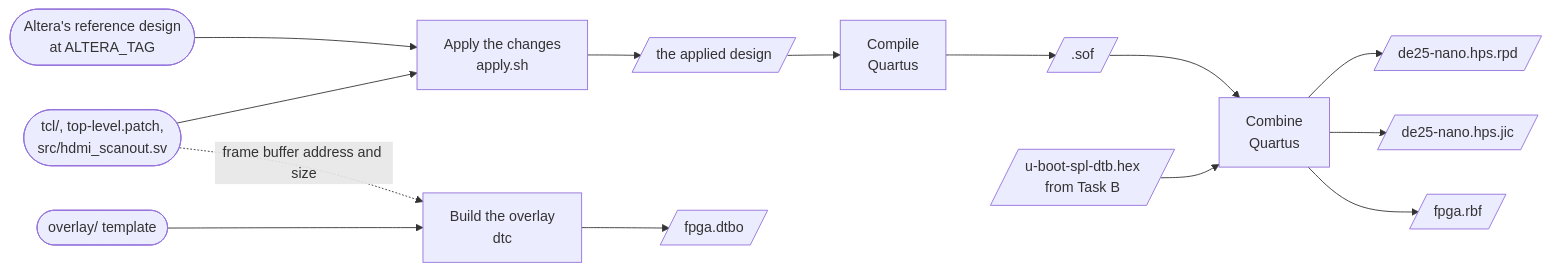
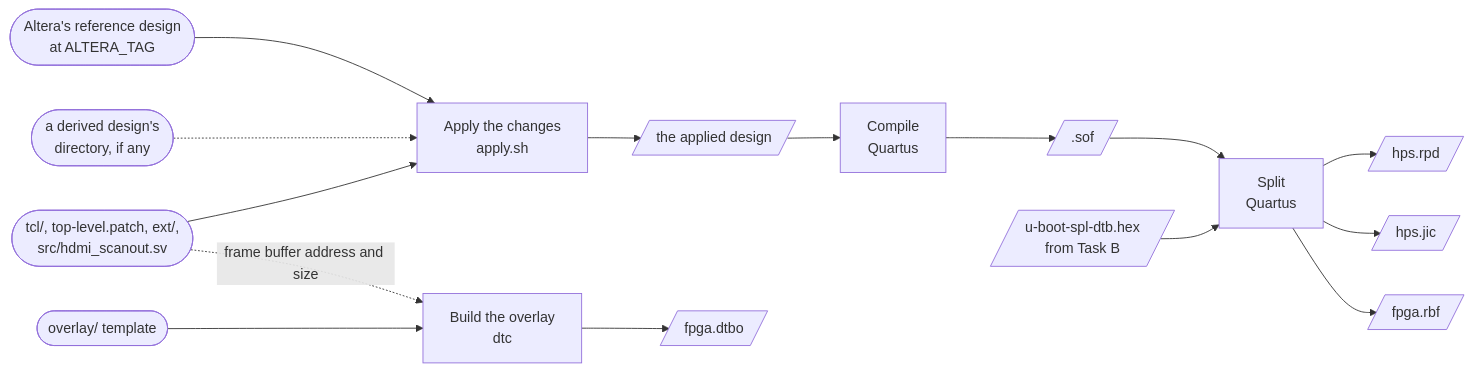
Before and after one commit to jclark/de25-nano-debian: the diagram in fpga/README.md, drawn with Mermaid. The commit also changed other lines of this file and 20 other files, not shown here.

````diff
--- a/fpga/README.md
+++ b/fpga/README.md
@@ -3,12 +3,13 @@
 ```mermaid
 flowchart LR
   a0(["Altera's reference design<br/>at ALTERA_TAG"]) --> ap["Apply the changes<br/>apply.sh"]
-  s1(["tcl/, top-level.patch,<br/>src/hdmi_scanout.sv"]) --> ap
-  ap --> d[/"the applied design"/] --> q["Compile<br/>Quartus"] --> sof[/".sof"/] --> pfg["Combine<br/>Quartus"]
+  s1(["tcl/, top-level.patch, ext/,<br/>src/hdmi_scanout.sv"]) --> ap
+  d0(["a derived design's<br/>directory, if any"]) -.-> ap
+  ap --> d[/"the applied design"/] --> q["Compile<br/>Quartus"] --> sof[/".sof"/] --> pfg["Split<br/>Quartus"]
   spl[/"u-boot-spl-dtb.hex<br/>from Task B"/] --> pfg
-  pfg --> rpd[/"de25-nano.hps.rpd"/]
-  pfg --> jic[/"de25-nano.hps.jic"/]
+  pfg --> rpd[/"hps.rpd"/]
+  pfg --> jic[/"hps.jic"/]
   pfg --> rbf[/"fpga.rbf"/]
   s2(["overlay/ template"]) --> dtc["Build the overlay<br/>dtc"] --> dtbo[/"fpga.dtbo"/]
   s1 -. "frame buffer address and size" .-> dtc
 ```
````
